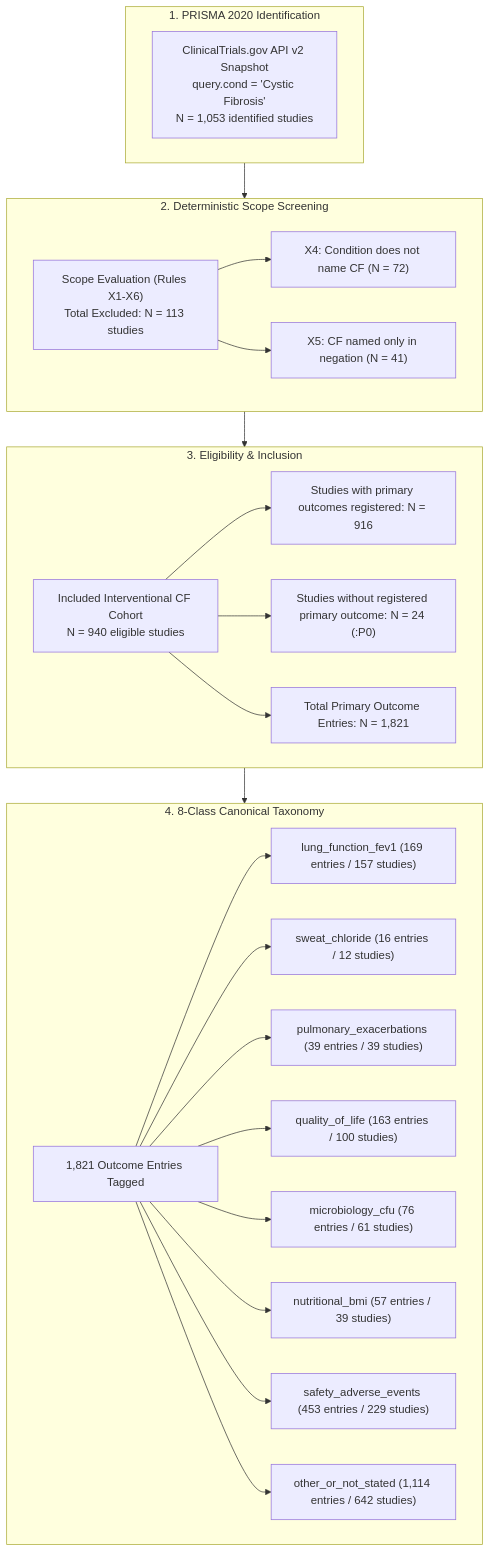
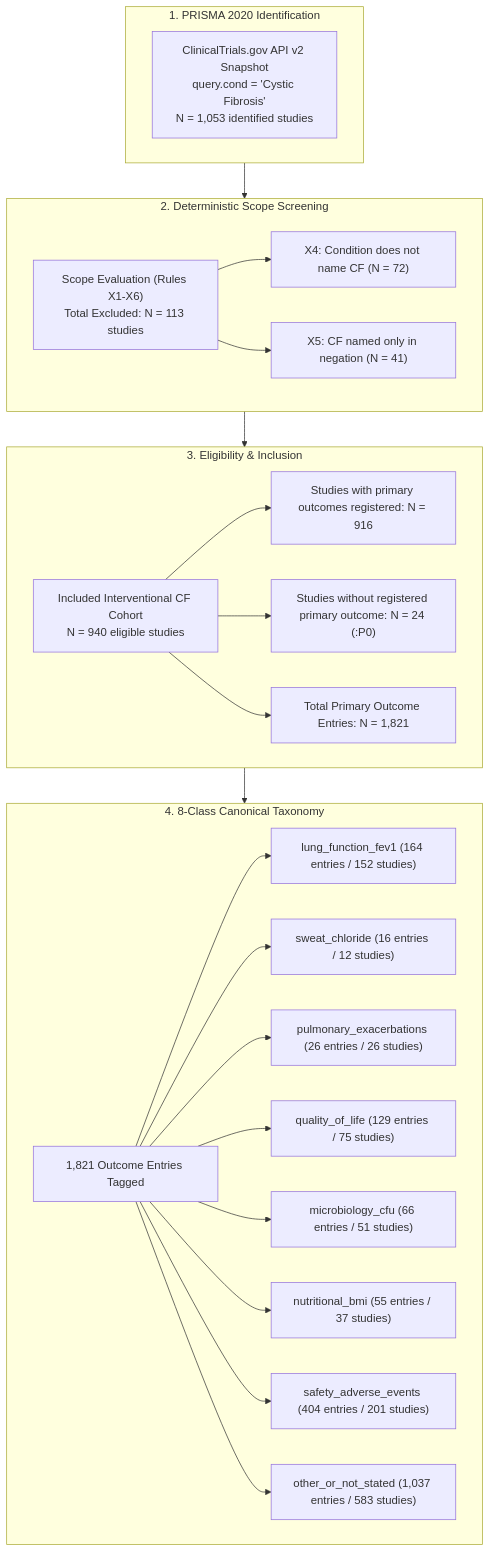
The first of 2 diagrams in landscape/trial-endpoint-evolution-2026.md (senseiewok/cf-research), drawn with Mermaid before and after one commit. The commit also changed other lines of this file and 12 other files, not shown here.

````diff
--- a/landscape/trial-endpoint-evolution-2026.md
+++ b/landscape/trial-endpoint-evolution-2026.md
@@ -19,39 +19,39 @@
 ```mermaid
 flowchart TD
     subgraph Identification["1. PRISMA 2020 Identification"]
         A["ClinicalTrials.gov API v2 Snapshot\nquery.cond = 'Cystic Fibrosis'\nN = 1,053 identified studies"]
     end
 
     subgraph Screening["2. Deterministic Scope Screening"]
         B["Scope Evaluation (Rules X1-X6)\nTotal Excluded: N = 113 studies"]
         B1["X4: Condition does not name CF (N = 72)"]
         B2["X5: CF named only in negation (N = 41)"]
         B --> B1
         B --> B2
     end
 
     subgraph Eligibility["3. Eligibility & Inclusion"]
         C["Included Interventional CF Cohort\nN = 940 eligible studies"]
         C1["Studies with primary outcomes registered: N = 916"]
         C2["Studies without registered primary outcome: N = 24 (:P0)"]
         C3["Total Primary Outcome Entries: N = 1,821"]
         C --> C1
         C --> C2
         C --> C3
     end
 
     subgraph Classification["4. 8-Class Canonical Taxonomy"]
         D["1,821 Outcome Entries Tagged"]
-        D1["lung_function_fev1 (169 entries / 157 studies)"]
+        D1["lung_function_fev1 (164 entries / 152 studies)"]
         D2["sweat_chloride (16 entries / 12 studies)"]
-        D3["pulmonary_exacerbations (39 entries / 39 studies)"]
-        D4["quality_of_life (163 entries / 100 studies)"]
-        D5["microbiology_cfu (76 entries / 61 studies)"]
-        D6["nutritional_bmi (57 entries / 39 studies)"]
-        D7["safety_adverse_events (453 entries / 229 studies)"]
-        D8["other_or_not_stated (1,114 entries / 642 studies)"]
+        D3["pulmonary_exacerbations (26 entries / 26 studies)"]
+        D4["quality_of_life (129 entries / 75 studies)"]
+        D5["microbiology_cfu (66 entries / 51 studies)"]
+        D6["nutritional_bmi (55 entries / 37 studies)"]
+        D7["safety_adverse_events (404 entries / 201 studies)"]
+        D8["other_or_not_stated (1,037 entries / 583 studies)"]
         D --> D1 & D2 & D3 & D4 & D5 & D6 & D7 & D8
     end
 
     Identification --> Screening --> Eligibility --> Classification
 ```
````
